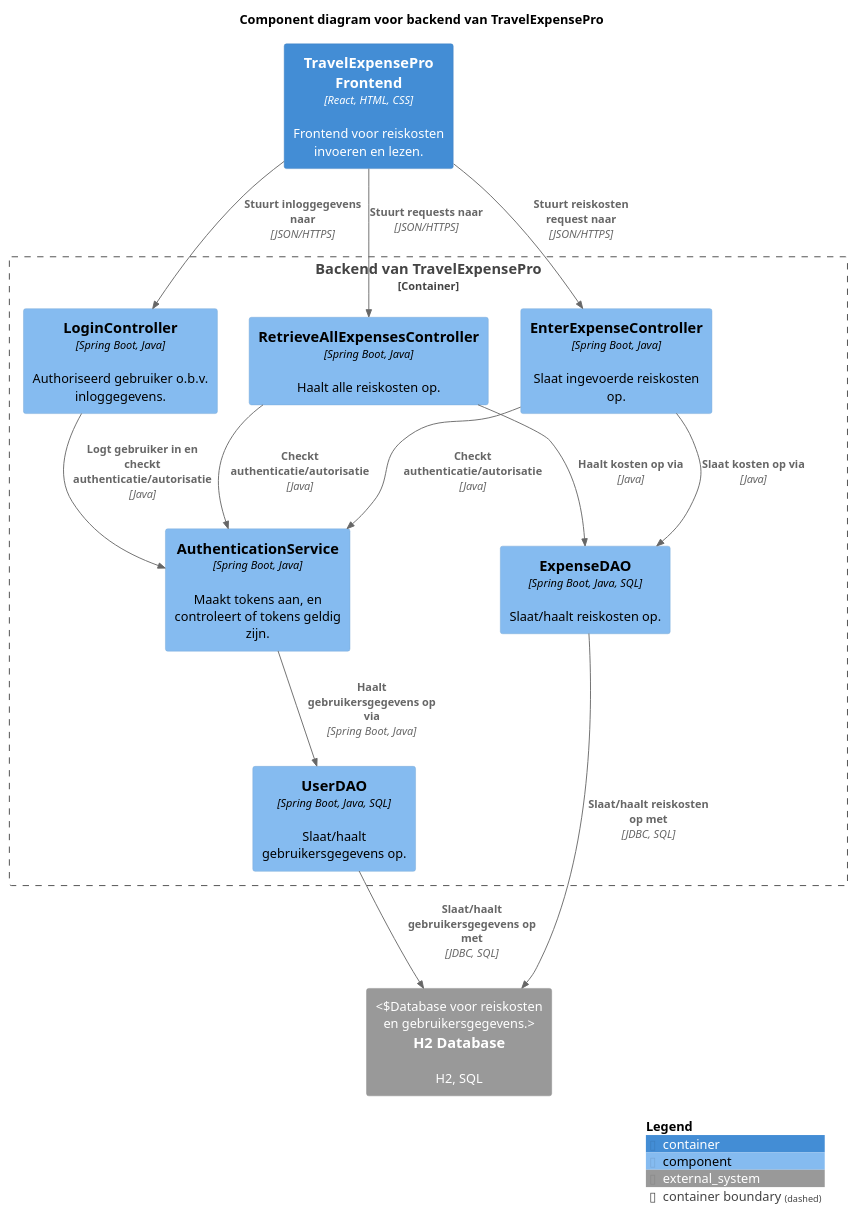
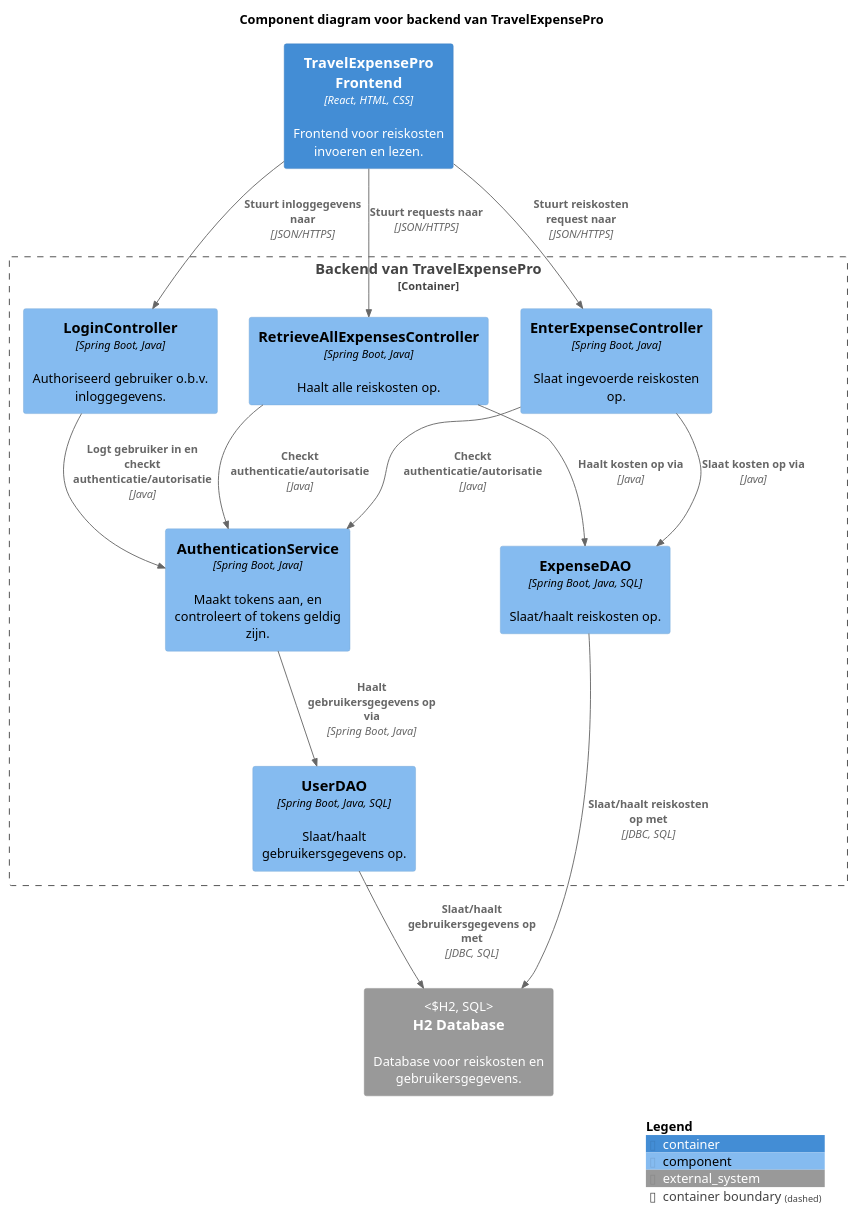
The diagram in gemaakte-werk-daniel/week-2/les-1/huiswerk/TravelExpensePro.puml (AIM-ENE-feb25/triptop-groep-b6), drawn with PlantUML before and after one commit.

```diff
--- a/gemaakte-werk-daniel/week-2/les-1/huiswerk/TravelExpensePro.puml
+++ b/gemaakte-werk-daniel/week-2/les-1/huiswerk/TravelExpensePro.puml
@@ -1,63 +1,64 @@
 @startuml
 !include https://raw.githubusercontent.com/plantuml-stdlib/C4-PlantUML/master/C4_Component.puml
 ' uncomment the following line and comment the first to use locally
 ' !include C4_Component.puml
 
 LAYOUT_WITH_LEGEND()
 
 title Component diagram voor backend van TravelExpensePro
 
 Container(frontend, "TravelExpensePro Frontend", "React, HTML, CSS", "Frontend voor reiskosten invoeren en lezen.")
 
 Container_Boundary(api, "Backend van TravelExpensePro") {
     Component(expensecontroller, "EnterExpenseController", "Spring Boot, Java", "Slaat ingevoerde reiskosten op.")
     Component(logincontroller, "LoginController", "Spring Boot, Java", "Authoriseerd gebruiker o.b.v. inloggegevens.")
     Component(retrievecontroller, "RetrieveAllExpensesController", "Spring Boot, Java", "Haalt alle reiskosten op.")
 
     Component(expensedao, "ExpenseDAO", "Spring Boot, Java, SQL", "Slaat/haalt reiskosten op.")
     Component(userdao, "UserDAO", "Spring Boot, Java, SQL", "Slaat/haalt gebruikersgegevens op.")
 
 '    Component(expense, "Expense", "Spring Boot, Java", "Reiskosten domein object.")
 '    Component(user, "User", "Spring Boot, Java", "Gebruiker domein object.")
 
 '    Component(expenserowmapper, "ExpenseRowMapper", "Spring Boot, Java", "Slaat gegevens op in reiskosten domein object.")
 '    Component(userrowmapper, "UserRowMapper", "Spring Boot, Java", "Slaat gegevens op in gebruikers domein object.")
 '    Component(hashrowmapper, "HashRowMapper", "Spring Boot, Java", "Returnt salt.")
 '    Component(loginresponse, "LoginResponse", "Spring Boot, Java", "Response DTO voor inloggen.")
 
     Component(authservice, "AuthenticationService", "Spring Boot, Java", "Maakt tokens aan, en controleert of tokens geldig zijn.")
 '    Component(encryptor, "JascryptConfig", "Spring Boot, Java", "Encrypt inloggegevens.")
 
     Rel(frontend, expensecontroller, "Stuurt reiskosten request naar", "JSON/HTTPS")
     Rel(frontend, retrievecontroller, "Stuurt requests naar", "JSON/HTTPS")
     Rel(frontend, logincontroller, "Stuurt inloggegevens naar", "JSON/HTTPS")
 
     Rel(expensecontroller, authservice, "Checkt authenticatie/autorisatie", "Java")
     Rel(logincontroller, authservice, "Logt gebruiker in en checkt authenticatie/autorisatie", "Java")
     Rel(retrievecontroller, authservice, "Checkt authenticatie/autorisatie", "Java")
 
     Rel(expensecontroller, expensedao, "Slaat kosten op via", "Java")
 '    Rel(expensecontroller, "expenserowmapper", "Mapt kosten met", "Java")
 
     Rel(retrievecontroller, expensedao, "Haalt kosten op via", "Java")
 
 
     Rel(authservice, userdao, "Haalt gebruikersgegevens op via", "Spring Boot, Java")
 '    Rel(authservice, userrowmapper, "Mapt gebruikersgegevens met", "Java")
 '    Rel(authservice, hashrowmapper, "Mapt hash met", "Java")
 '    Rel(authservice, encryptor, "Encrypteert inloggegevens", "Java")
 
 '    Rel(expensecontroller, expense, "Gebruikt", "Java")
 '    Rel(expensedao, expense, "Gebruikt", "Java")
 '
 '    Rel(logincontroller, userdao, "Haalt gebruiker op via", "Java")
 '    Rel(logincontroller, user, "Gebruikt", "Java")
+
 }
 
 
-System_Ext(h2, "H2 Database", "H2, SQL", "Database voor reiskosten en gebruikersgegevens.")
+System_Ext(h2, "H2 Database", "Database voor reiskosten en gebruikersgegevens.", "H2, SQL")
 Rel(expensedao, h2, "Slaat/haalt reiskosten op met", "JDBC, SQL")
 Rel(userdao, h2, "Slaat/haalt gebruikersgegevens op met", "JDBC, SQL")
 
 SHOW_LEGEND()
 @enduml
```
